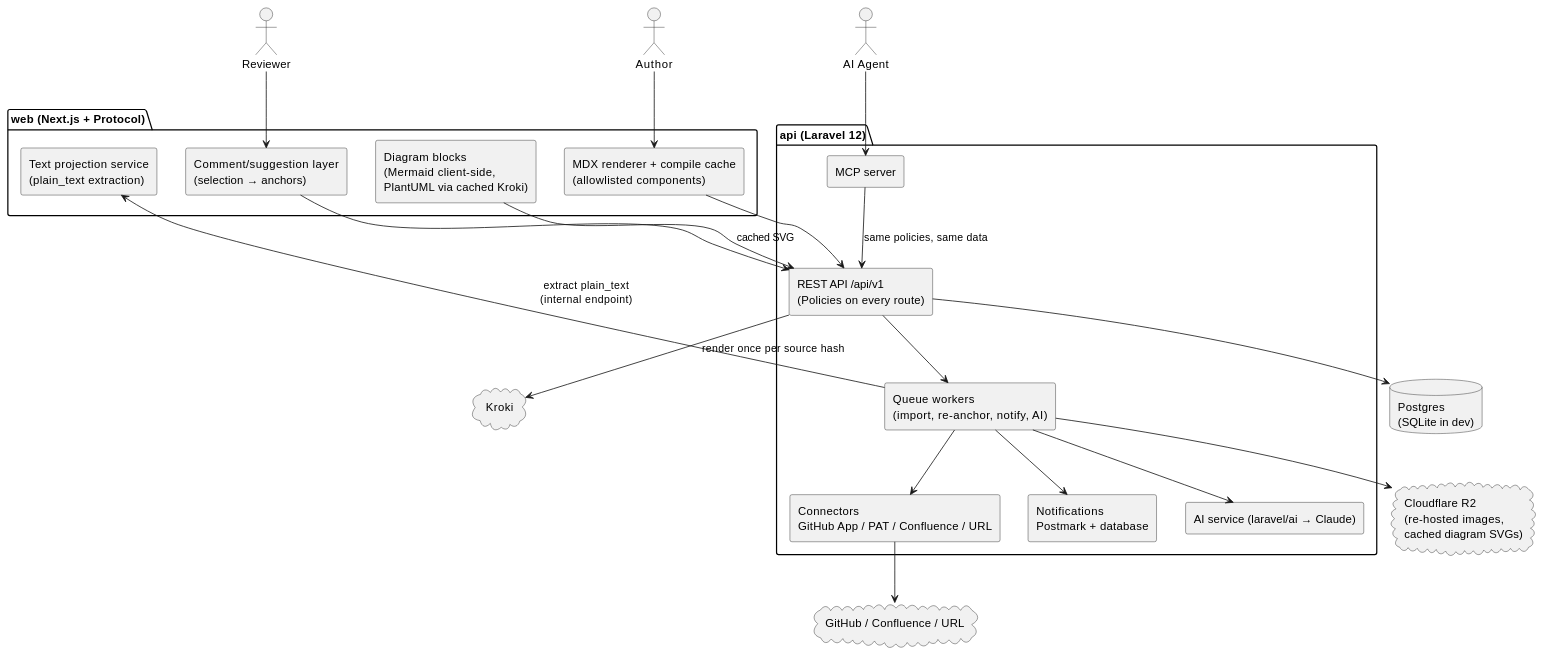
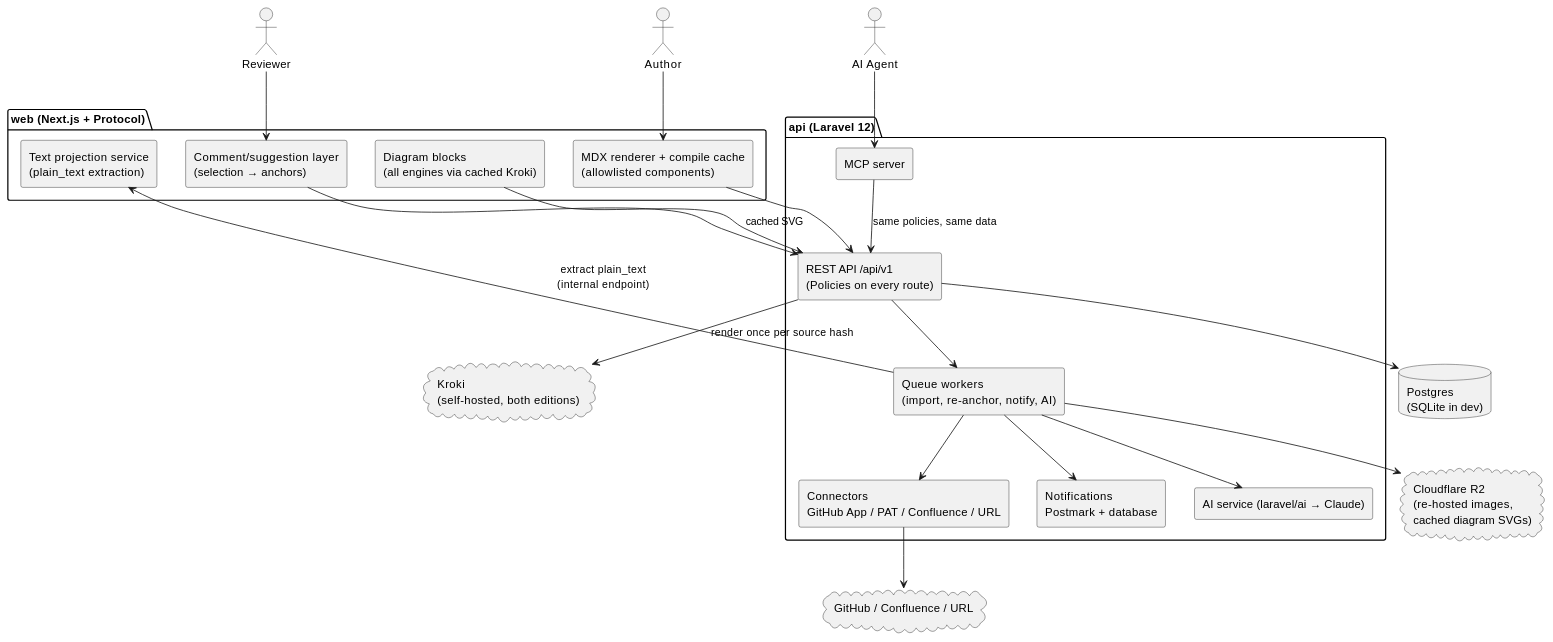
Before and after one commit to batjaa/kedge: the first of 3 diagrams in docs/SPEC.md, drawn with PlantUML. The commit also changed other lines of this file and 8 other files, not shown here.

First line of the commit message:
refactor(web): Kroki as sole diagram engine; spec decision recorded

````diff
--- a/docs/SPEC.md
+++ b/docs/SPEC.md
@@ -91,47 +91,47 @@
 ```plantuml
 @startuml
 skinparam componentStyle rectangle
 
 actor Author
 actor Reviewer
 actor "AI Agent" as Agent
 
 package "web (Next.js + Protocol)" {
   [MDX renderer + compile cache\n(allowlisted components)] as MDX
   [Text projection service\n(plain_text extraction)] as PROJ
   [Comment/suggestion layer\n(selection → anchors)] as CL
-  [Diagram blocks\n(Mermaid client-side,\nPlantUML via cached Kroki)] as DIA
+  [Diagram blocks\n(all engines via cached Kroki)] as DIA
 }
 
 package "api (Laravel 12)" {
   [REST API /api/v1\n(Policies on every route)] as API
   [MCP server] as MCP
   [Queue workers\n(import, re-anchor, notify, AI)] as Q
   [Connectors\nGitHub App / PAT / Confluence / URL] as CONN
   [Notifications\nPostmark + database] as NOTIF
   [AI service (laravel/ai → Claude)] as AI
 }
 
 database "Postgres\n(SQLite in dev)" as DB
 cloud "Cloudflare R2\n(re-hosted images,\ncached diagram SVGs)" as R2
 cloud "GitHub / Confluence / URL" as SRC
-cloud "Kroki" as KROKI
+cloud "Kroki\n(self-hosted, both editions)" as KROKI
 
 Author --> MDX
 Reviewer --> CL
 Agent --> MCP
 MDX --> API
 CL --> API
 Q --> PROJ : extract plain_text\n(internal endpoint)
 DIA --> API : cached SVG
 API --> KROKI : render once per source hash
 API --> DB
 API --> Q
 Q --> CONN
 CONN --> SRC
 Q --> R2
 Q --> NOTIF
 Q --> AI
 MCP --> API : same policies, same data
 @enduml
 ```
````
